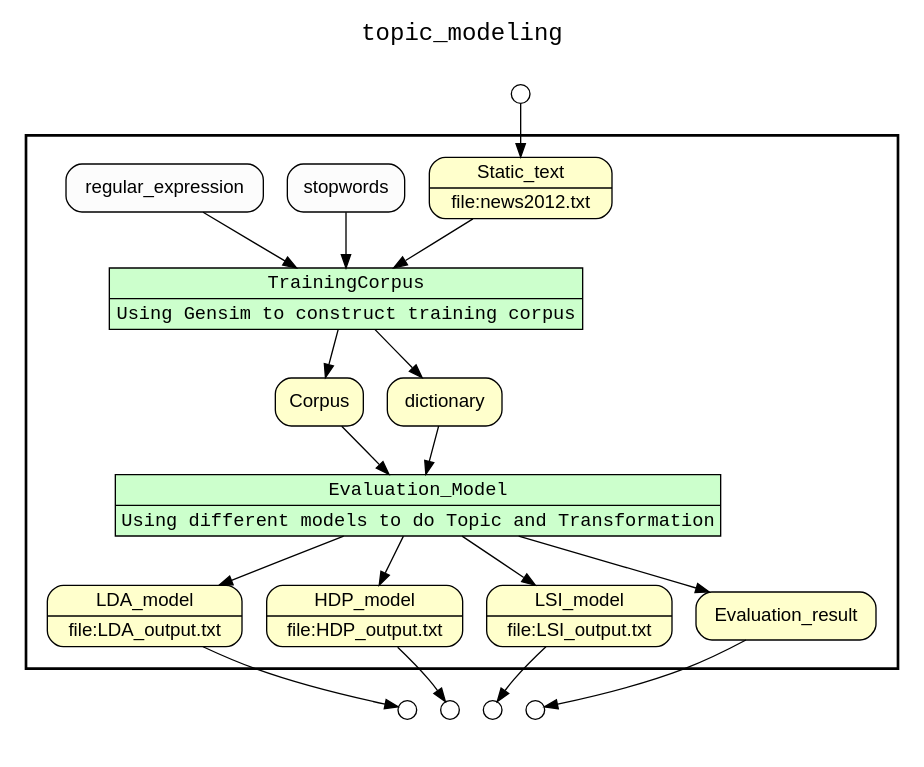
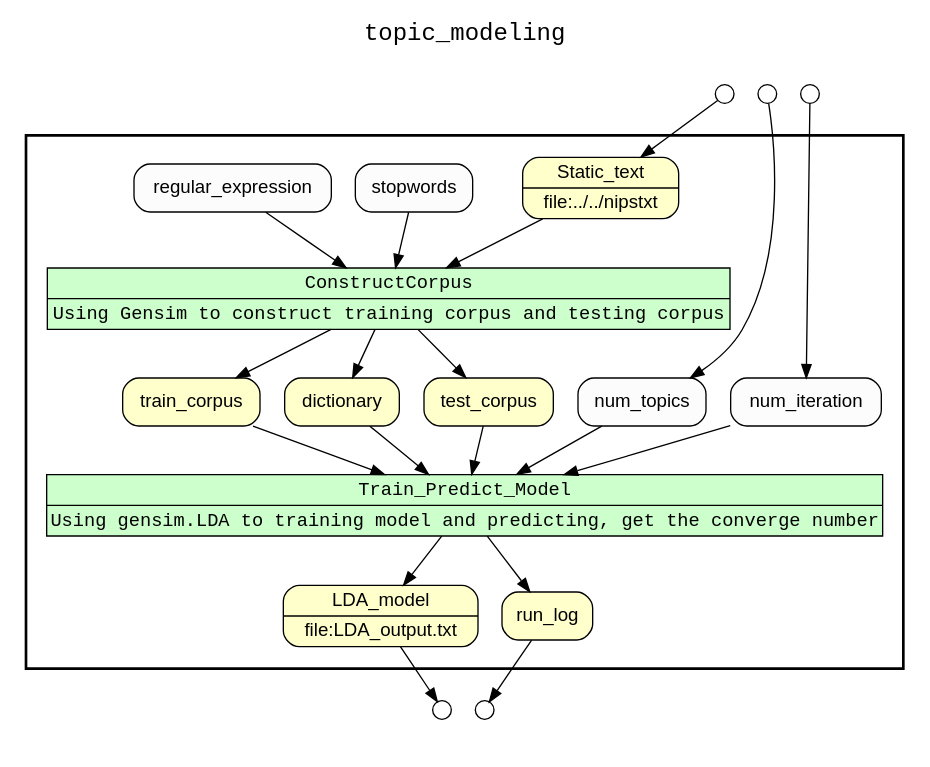
Before and after one commit to LanLi2017/yw-text-mining: the diagram in text_mining/topic_modeling/results/complete_wf_graph_uri.gv, drawn with Graphviz. The commit also changed 71 other files, not shown here.

```diff
--- a/text_mining/topic_modeling/results/complete_wf_graph_uri.gv
+++ b/text_mining/topic_modeling/results/complete_wf_graph_uri.gv
@@ -1,50 +1,53 @@
 digraph Workflow {
 rankdir=TB
 fontname=Courier; fontsize=18; labelloc=t
 label=topic_modeling
 subgraph cluster_workflow_box_outer { label=""; color=black; penwidth=2
 subgraph cluster_workflow_box_inner { label=""; color=white
 node[shape=box style=filled fillcolor="#CCFFCC" peripheries=1 fontname=Courier]
 node[shape=box style=filled fillcolor="#CCFFCC" peripheries=2 fontname=Courier]
-TrainingCorpus [shape=record rankdir=LR label="{<f0> TrainingCorpus |<f1> Using Gensim to construct training corpus}"];
-Evaluation_Model [shape=record rankdir=LR label="{<f0> Evaluation_Model |<f1> Using different models to do Topic and Transformation}"];
+ConstructCorpus [shape=record rankdir=LR label="{<f0> ConstructCorpus |<f1> Using Gensim to construct training corpus and testing corpus}"];
+Train_Predict_Model [shape=record rankdir=LR label="{<f0> Train_Predict_Model |<f1> Using gensim.LDA to training model and predicting, get the converge number}"];
 node[shape=box style="rounded,filled" fillcolor="#FFFFCC" peripheries=1 fontname=Helvetica]
 LDA_model [shape=record rankdir=LR label="{<f0> LDA_model |<f1> file\:LDA_output.txt}"];
-HDP_model [shape=record rankdir=LR label="{<f0> HDP_model |<f1> file\:HDP_output.txt}"];
-LSI_model [shape=record rankdir=LR label="{<f0> LSI_model |<f1> file\:LSI_output.txt}"];
-Evaluation_result
-Static_text [shape=record rankdir=LR label="{<f0> Static_text |<f1> file\:news2012.txt}"];
-Corpus
+run_log
+Static_text [shape=record rankdir=LR label="{<f0> Static_text |<f1> file\:../../nipstxt}"];
+train_corpus
 dictionary
+test_corpus
 node[shape=box style="rounded,filled" fillcolor="#FCFCFC" peripheries=1 fontname=Helvetica]
-TrainingCorpus -> Corpus
-TrainingCorpus -> dictionary
-Static_text -> TrainingCorpus
-stopwords -> TrainingCorpus
-regular_expression -> TrainingCorpus
-Evaluation_Model -> LDA_model
-Evaluation_Model -> HDP_model
-Evaluation_Model -> LSI_model
-Evaluation_Model -> Evaluation_result
-Corpus -> Evaluation_Model
-dictionary -> Evaluation_Model
+num_iteration
+num_topics
+ConstructCorpus -> dictionary
+ConstructCorpus -> train_corpus
+ConstructCorpus -> test_corpus
+Static_text -> ConstructCorpus
+stopwords -> ConstructCorpus
+regular_expression -> ConstructCorpus
+Train_Predict_Model -> LDA_model
+Train_Predict_Model -> run_log
+train_corpus -> Train_Predict_Model
+dictionary -> Train_Predict_Model
+test_corpus -> Train_Predict_Model
+num_iteration -> Train_Predict_Model
+num_topics -> Train_Predict_Model
 }}
 subgraph cluster_input_ports_group_outer { label=""; color=white
 subgraph cluster_input_ports_group_inner { label=""; color=white
 node[shape=circle style="rounded,filled" fillcolor="#FFFFFF" peripheries=1 fontname=Helvetica width=0.2]
 Static_text_input_port [label=""]
+num_topics_input_port [label=""]
+num_iteration_input_port [label=""]
 }}
 subgraph cluster_output_ports_group_outer { label=""; color=white
 subgraph cluster_output_ports_group_inner { label=""; color=white
 node[shape=circle style="rounded,filled" fillcolor="#FFFFFF" peripheries=1 fontname=Helvetica width=0.2]
 LDA_model_output_port [label=""]
-HDP_model_output_port [label=""]
-LSI_model_output_port [label=""]
-Evaluation_result_output_port [label=""]
+run_log_output_port [label=""]
 }}
 Static_text_input_port -> Static_text
+num_topics_input_port -> num_topics
+num_iteration_input_port -> num_iteration
 LDA_model -> LDA_model_output_port
-HDP_model -> HDP_model_output_port
-LSI_model -> LSI_model_output_port
-Evaluation_result -> Evaluation_result_output_port
+run_log -> run_log_output_port
 }
```
